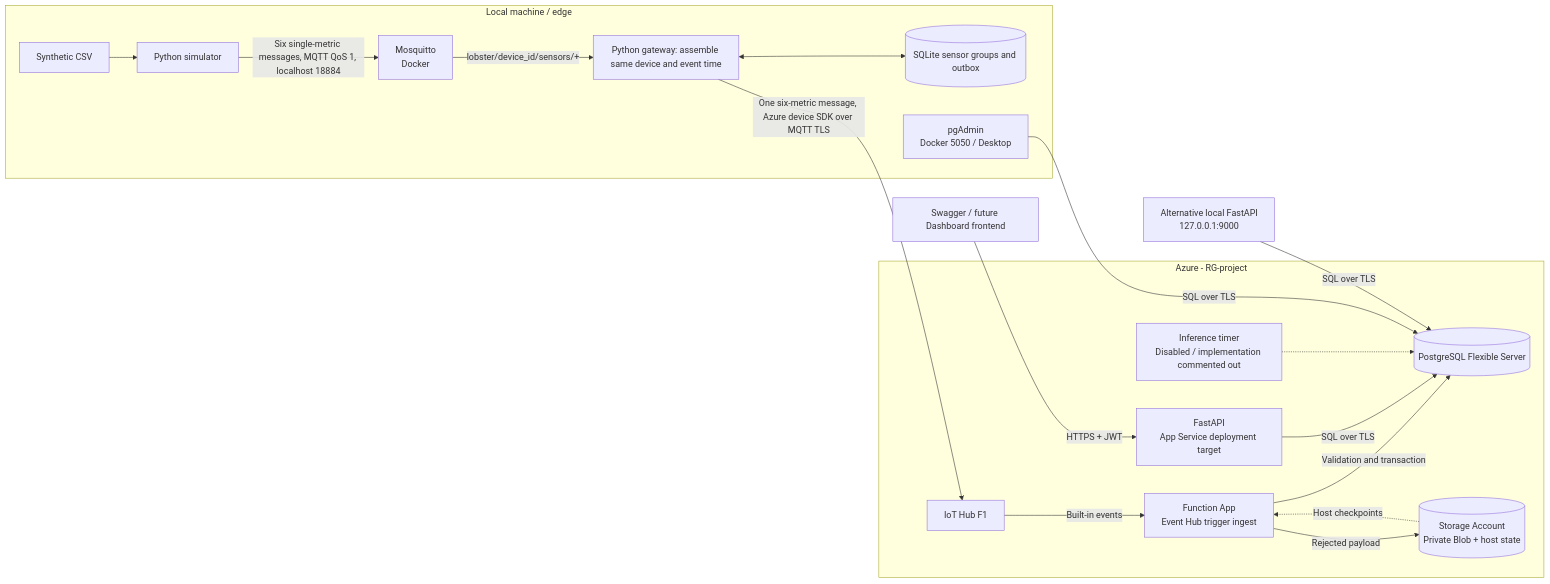
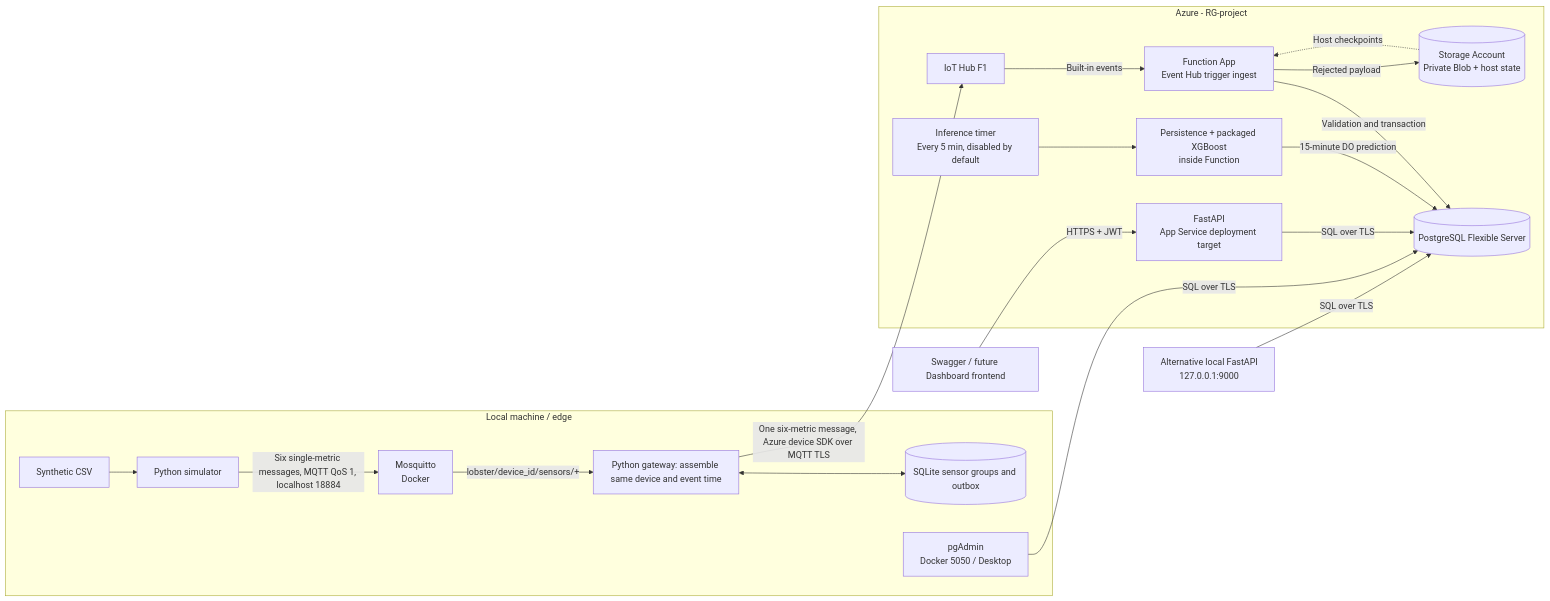
The first of 2 diagrams in ARCHITECTURE.md (loannguyen13/lobster-cage-monitoring), drawn with Mermaid before and after one commit. The commit also changed other lines of this file and 12 other files, not shown here.

````diff
--- a/ARCHITECTURE.md
+++ b/ARCHITECTURE.md
@@ -5,22 +5,23 @@
 ```mermaid
 flowchart LR
   subgraph local["Local machine / edge"]
     csv["Synthetic CSV"] --> sim["Python simulator"]
     sim -->|Six single-metric messages, MQTT QoS 1, localhost 18884| mqtt["Mosquitto\nDocker"]
     mqtt -->|lobster/device_id/sensors/+| gateway["Python gateway: assemble same device and event time"]
     gateway <--> queue[("SQLite sensor groups and outbox")]
     pgadmin["pgAdmin\nDocker 5050 / Desktop"]
   end
   subgraph azure["Azure - RG-project"]
     hub["IoT Hub F1"] -->|Built-in events| ingest["Function App\nEvent Hub trigger ingest"]
     ingest -->|Validation and transaction| db[("PostgreSQL Flexible Server")]
     ingest -->|Rejected payload| storage[("Storage Account\nPrivate Blob + host state")]
     storage -.->|Host checkpoints| ingest
     api["FastAPI\nApp Service deployment target"] -->|SQL over TLS| db
-    timer["Inference timer\nDisabled / implementation commented out"] -.-> db
+    timer["Inference timer\nEvery 5 min, disabled by default"] --> infer["Persistence + packaged XGBoost\ninside Function"]
+    infer -->|15-minute DO prediction| db
   end
   gateway -->|One six-metric message, Azure device SDK over MQTT TLS| hub
   pgadmin -->|SQL over TLS| db
   ui["Swagger / future Dashboard frontend"] -->|HTTPS + JWT| api
   apiLocal["Alternative local FastAPI\n127.0.0.1:9000"] -->|SQL over TLS| db
 ```
````
